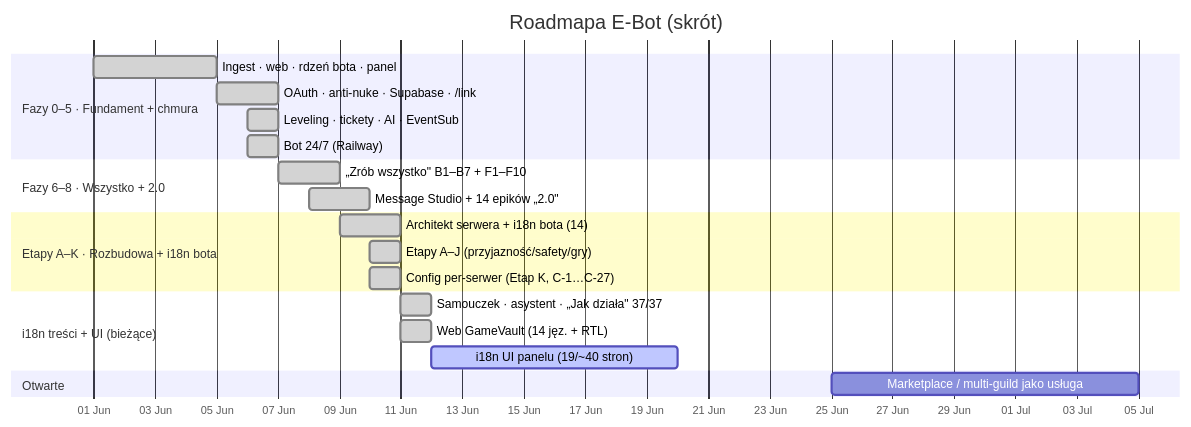
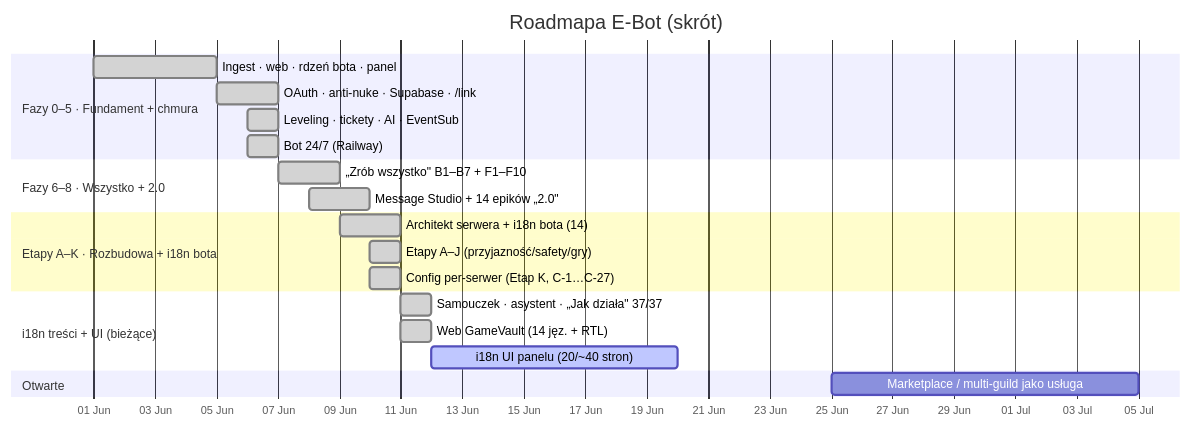
The first of 2 diagrams in docs/ROADMAP.md (Gh0s777tt/E-Bot), drawn with Mermaid before and after one commit. The commit also changed other lines of this file and 5 other files, not shown here.

````diff
--- a/docs/ROADMAP.md
+++ b/docs/ROADMAP.md
@@ -23,24 +23,24 @@
 ```mermaid
 gantt
   title Roadmapa E-Bot (skrót)
   dateFormat YYYY-MM-DD
   axisFormat %d %b
   section Fazy 0–5 · Fundament + chmura
   Ingest · web · rdzeń bota · panel    :done, f0, 2026-06-01, 4d
   OAuth · anti-nuke · Supabase · /link :done, f1, 2026-06-05, 2d
   Leveling · tickety · AI · EventSub   :done, f4, 2026-06-06, 1d
   Bot 24/7 (Railway)                   :done, f5, 2026-06-06, 1d
   section Fazy 6–8 · Wszystko + 2.0
   „Zrób wszystko" B1–B7 + F1–F10       :done, f7, 2026-06-07, 2d
   Message Studio + 14 epików „2.0"     :done, f8, 2026-06-08, 2d
   section Etapy A–K · Rozbudowa + i18n bota
   Architekt serwera + i18n bota (14)   :done, ek1, 2026-06-09, 2d
   Etapy A–J (przyjazność/safety/gry)   :done, ek2, 2026-06-10, 1d
   Config per-serwer (Etap K, C-1…C-27) :done, ek3, 2026-06-10, 1d
   section i18n treści + UI (bieżące)
   Samouczek · asystent · „Jak działa" 37/37 :done, i1, 2026-06-11, 1d
   Web GameVault (14 jęz. + RTL)        :done, i2, 2026-06-11, 1d
-  i18n UI panelu (19/~40 stron)        :active, i3, 2026-06-12, 8d
+  i18n UI panelu (20/~40 stron)        :active, i3, 2026-06-12, 8d
   section Otwarte
   Marketplace / multi-guild jako usługa :        mk, 2026-06-25, 10d
 ```
````
